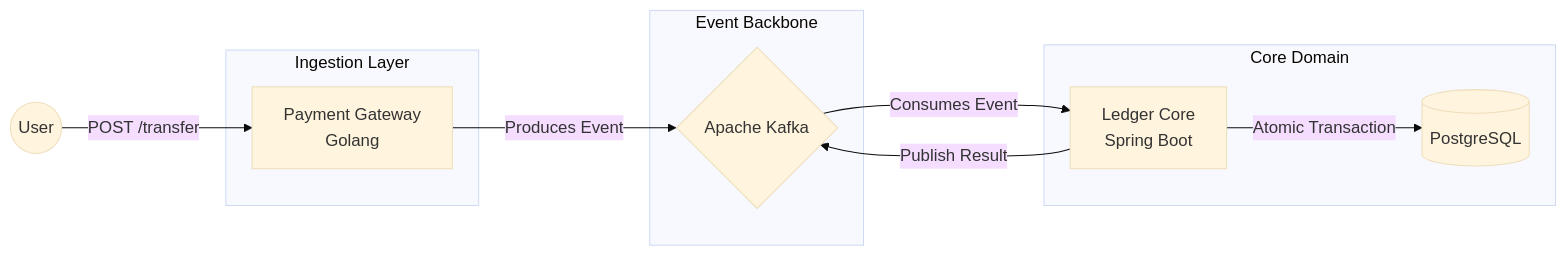
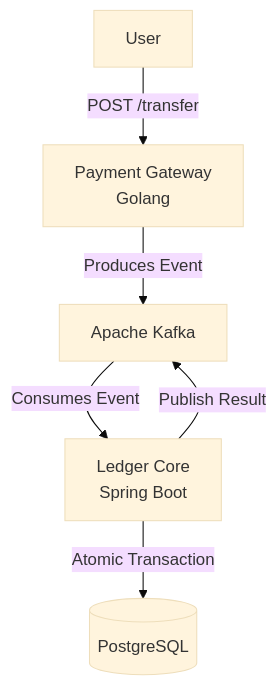
One commit to md-rashed-zaman/ledger-flow changed the first of 2 diagrams in README.md. Above: the diagram before and after it, drawn with Mermaid (base theme).

Commit message:
updated system architecture design

````diff
--- a/README.md
+++ b/README.md
@@ -24,22 +24,14 @@
 ```mermaid
-graph LR
-    User((User))
-    subgraph Ingestion["Ingestion Layer"]
-        PG[Payment Gateway<br/>Golang]
-    end
-    
-    subgraph Event["Event Backbone"]
-        Kafka{Apache Kafka}
-    end
-    
-    subgraph Core["Core Domain"]
-        LC[Ledger Core<br/>Spring Boot]
-        DB[(PostgreSQL)]
-    end
+flowchart TD
+    User[User]
+    PG[Payment Gateway<br/>Golang]
+    Kafka[Apache Kafka]
+    LC[Ledger Core<br/>Spring Boot]
+    DB[(PostgreSQL)]
 
     User -->|POST /transfer| PG
     PG -->|Produces Event| Kafka
     Kafka -->|Consumes Event| LC
     LC -->|Atomic Transaction| DB
     LC -->|Publish Result| Kafka
 ```
````
